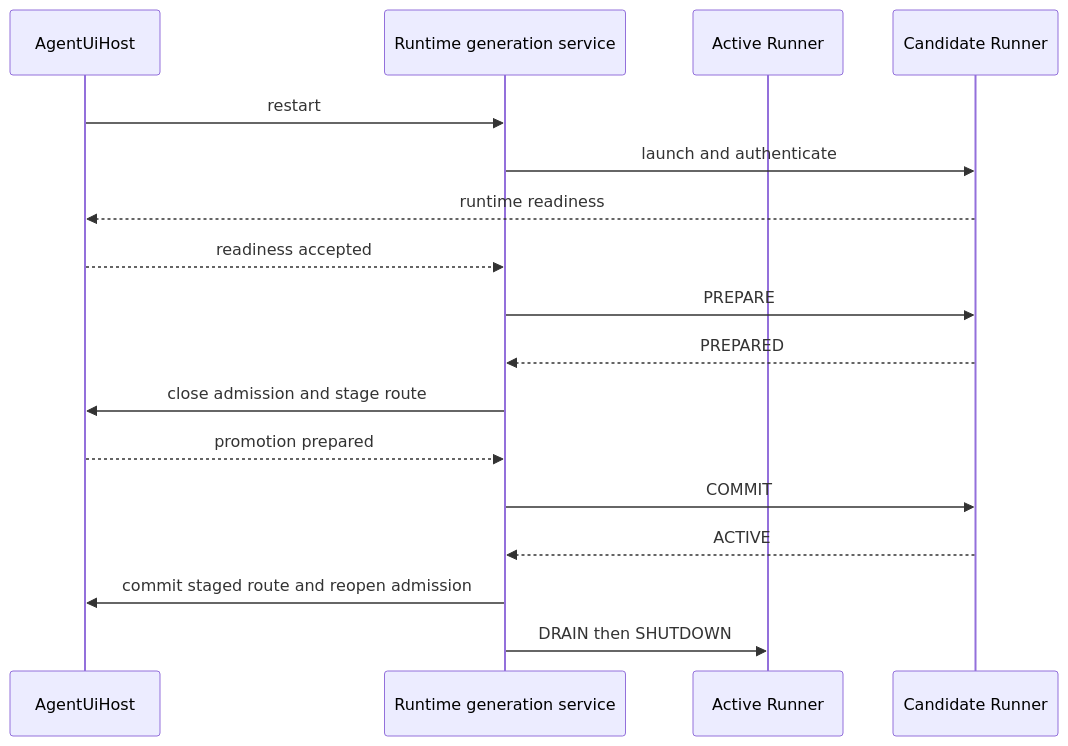
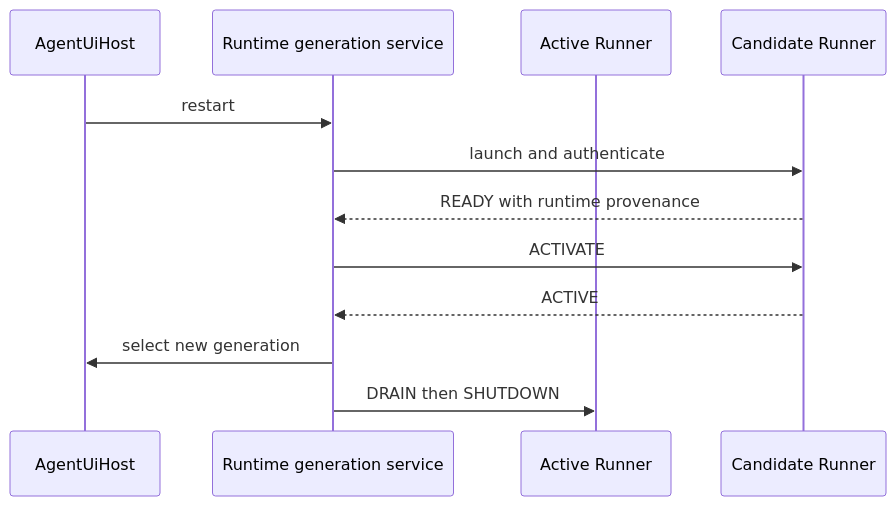
The third of 7 diagrams in spec/agent-ui/05-runtime-subagents-and-surfaces.md (LTThreeComma/agent-foundation), drawn with Mermaid before and after one commit. The commit also changed other lines of this file and 46 other files, not shown here.

First line of the commit message:
refactor(agent-ui): simplify local host runtime

````diff
--- a/spec/agent-ui/05-runtime-subagents-and-surfaces.md
+++ b/spec/agent-ui/05-runtime-subagents-and-surfaces.md
@@ -125,20 +121,15 @@
 ```mermaid
 sequenceDiagram
     participant Host as AgentUiHost
     participant Runtime as Runtime generation service
     participant Old as Active Runner
     participant New as Candidate Runner
 
     Host->>Runtime: restart
     Runtime->>New: launch and authenticate
-    New-->>Host: runtime readiness
-    Host-->>Runtime: readiness accepted
-    Runtime->>New: PREPARE
-    New-->>Runtime: PREPARED
-    Runtime->>Host: close admission and stage route
-    Host-->>Runtime: promotion prepared
-    Runtime->>New: COMMIT
+    New-->>Runtime: READY with runtime provenance
+    Runtime->>New: ACTIVATE
     New-->>Runtime: ACTIVE
-    Runtime->>Host: commit staged route and reopen admission
+    Runtime->>Host: select new generation
     Runtime->>Old: DRAIN then SHUTDOWN
 ```
````
